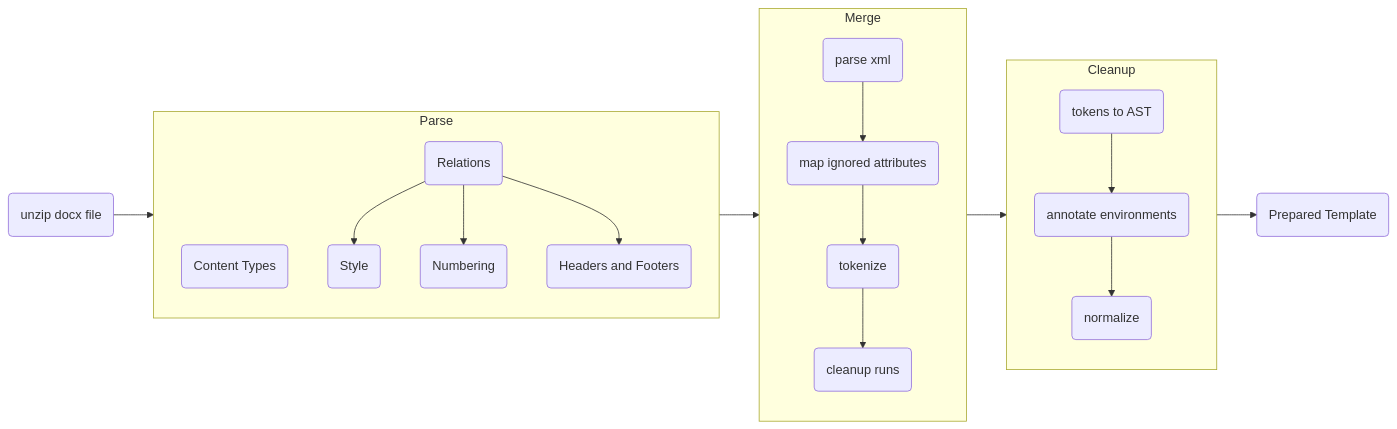
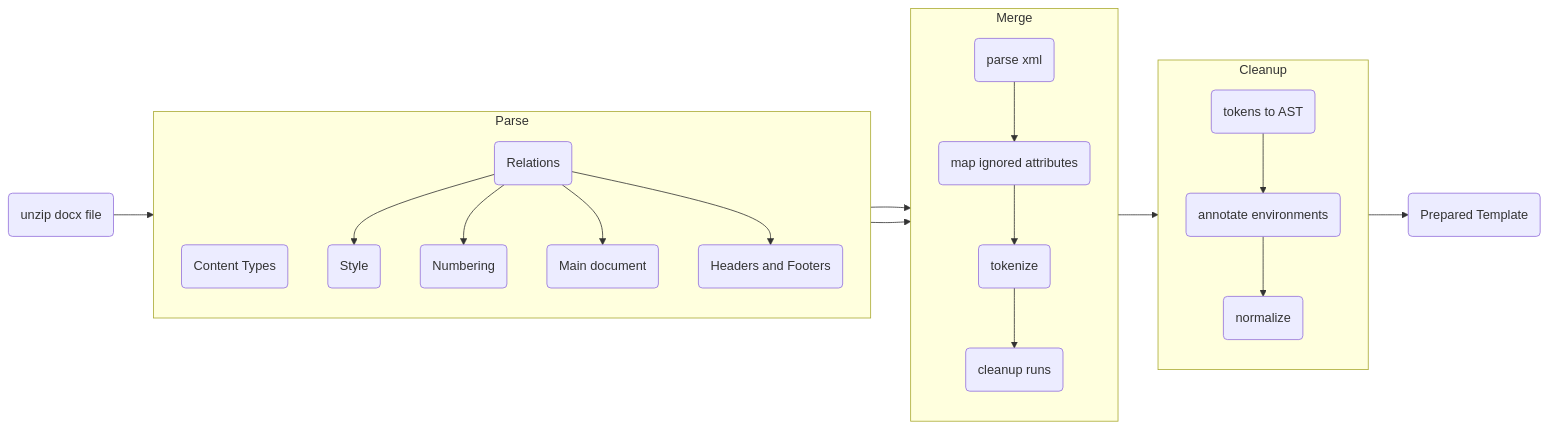
One commit to erdos/stencil changed the second of 3 diagrams in ARCHITECTURE.md. Above: the diagram before and after it, drawn with Mermaid. The commit also changed other lines of this file, not shown here.

````diff
--- a/ARCHITECTURE.md
+++ b/ARCHITECTURE.md
@@ -27,28 +23,29 @@
 ```mermaid
 flowchart LR
-      direction TB
       p1("unzip docx file") --> Parse
 
       subgraph Parse
         direction TB
         pp0("Content Types")
         pp1("Relations")
         pp1 --> pp2("Style")
         pp1 --> pp3("Numbering")
+        pp1 --> ppm("Main document")
         pp1 --> pphf("Headers and Footers")
       end
 
+      ppm  --> Merge
       pphf --> Merge --> Cleanup
 
       subgraph Merge
         direction TB
         mm1("parse xml") --> mm2("map ignored attributes") -->  mm3("tokenize") --> mm4("cleanup runs")
       end
 
       subgraph Cleanup
           direction TB
           cc1("tokens to AST") --> cc2("annotate environments") --> cc3("normalize")
       end
 
       Cleanup --> done("Prepared Template")
 ```
````
